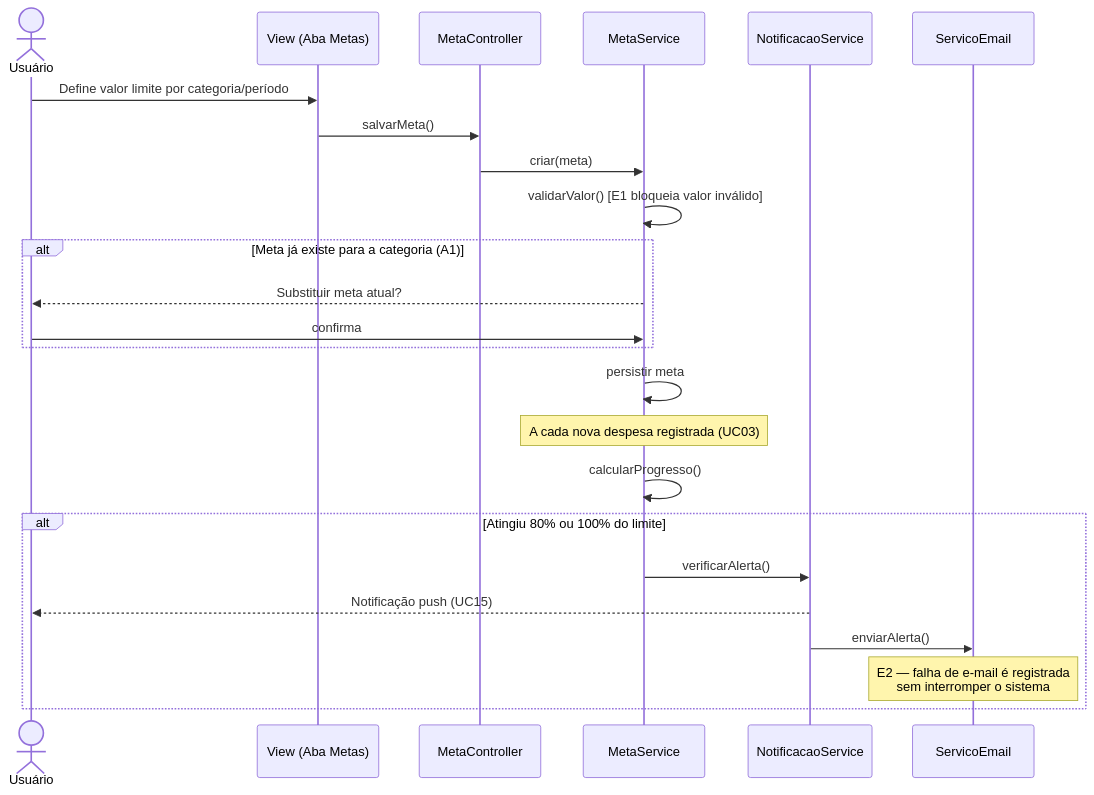
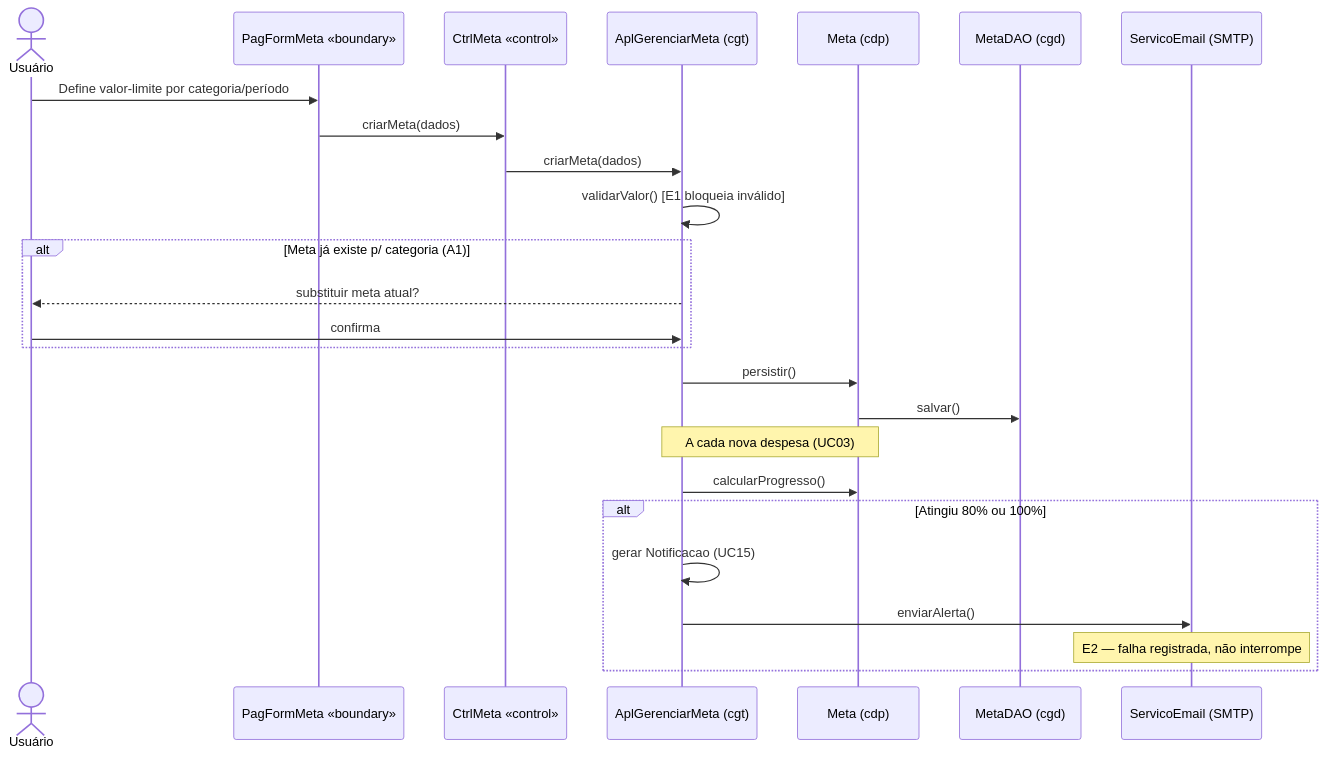
Before and after one commit to heitoliv/BalanceSys: the third of 3 diagrams in docs/Projeto/4_Arquitetura_Software.md, drawn with Mermaid. The commit also changed other lines of this file, not shown here.

````diff
--- a/docs/Projeto/4_Arquitetura_Software.md
+++ b/docs/Projeto/4_Arquitetura_Software.md
@@ -175,27 +150,28 @@
 ```mermaid
 sequenceDiagram
     actor U as Usuário
-    participant V as View (Aba Metas)
-    participant C as MetaController
-    participant MS as MetaService
-    participant NS as NotificacaoService
-    participant SMTP as ServicoEmail
+    participant V as PagFormMeta «boundary»
+    participant C as CtrlMeta «control»
+    participant A as AplGerenciarMeta (cgt)
+    participant M as Meta (cdp)
+    participant D as MetaDAO (cgd)
+    participant E as ServicoEmail (SMTP)
 
-    U->>V: Define valor limite por categoria/período
-    V->>C: salvarMeta()
-    C->>MS: criar(meta)
-    MS->>MS: validarValor() [E1 bloqueia valor inválido]
-    alt Meta já existe para a categoria (A1)
-        MS-->>U: Substituir meta atual?
-        U->>MS: confirma
+    U->>V: Define valor-limite por categoria/período
+    V->>C: criarMeta(dados)
+    C->>A: criarMeta(dados)
+    A->>A: validarValor() [E1 bloqueia inválido]
+    alt Meta já existe p/ categoria (A1)
+        A-->>U: substituir meta atual?
+        U->>A: confirma
     end
-    MS->>MS: persistir meta
-    Note over MS: A cada nova despesa registrada (UC03)
-    MS->>MS: calcularProgresso()
-    alt Atingiu 80% ou 100% do limite
-        MS->>NS: verificarAlerta()
-        NS-->>U: Notificação push (UC15)
-        NS->>SMTP: enviarAlerta()
-        Note over SMTP: E2 — falha de e-mail é registrada<br/>sem interromper o sistema
+    A->>M: persistir()
+    M->>D: salvar()
+    Note over A,M: A cada nova despesa (UC03)
+    A->>M: calcularProgresso()
+    alt Atingiu 80% ou 100%
+        A->>A: gerar Notificacao (UC15)
+        A->>E: enviarAlerta()
+        Note over E: E2 — falha registrada, não interrompe
     end
 ```
````
